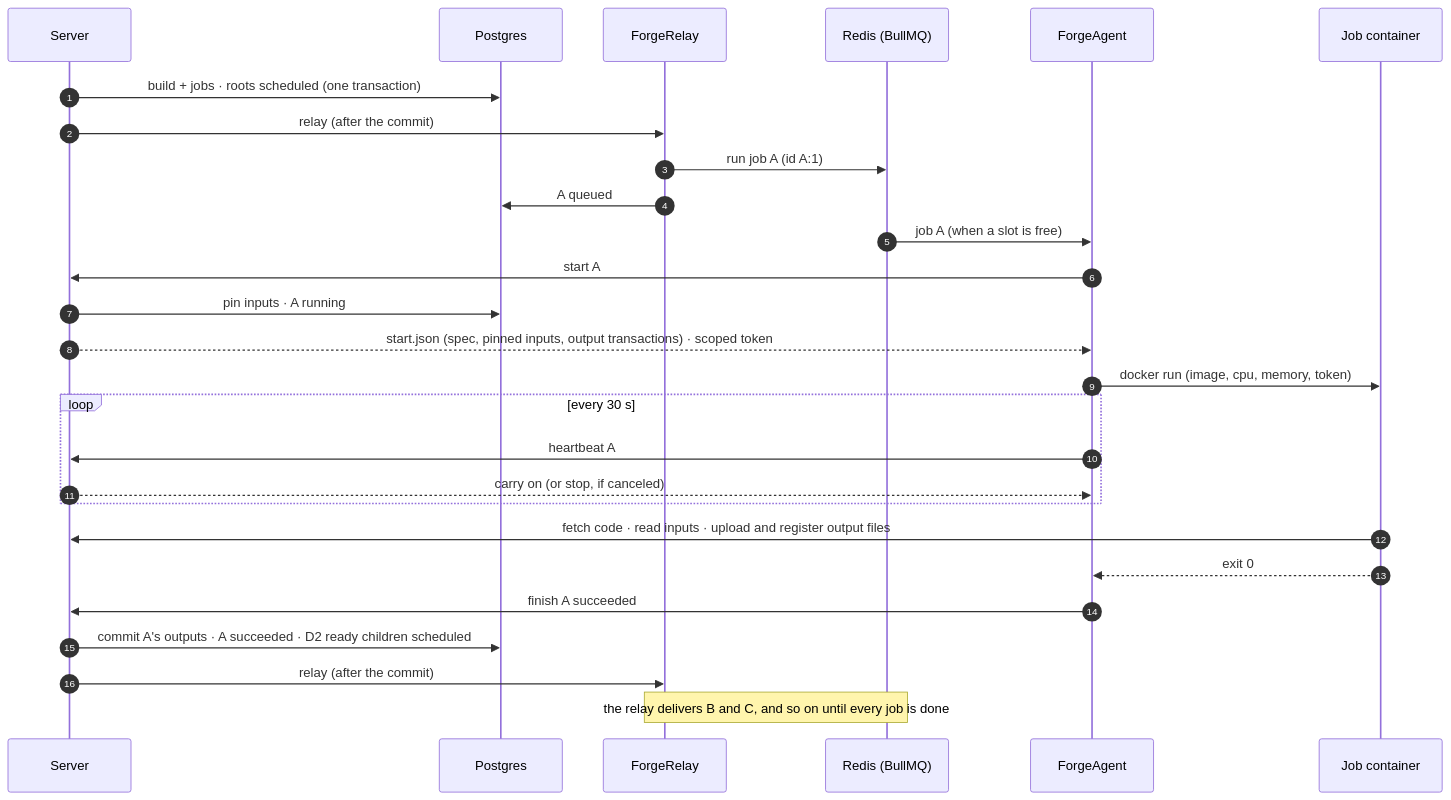
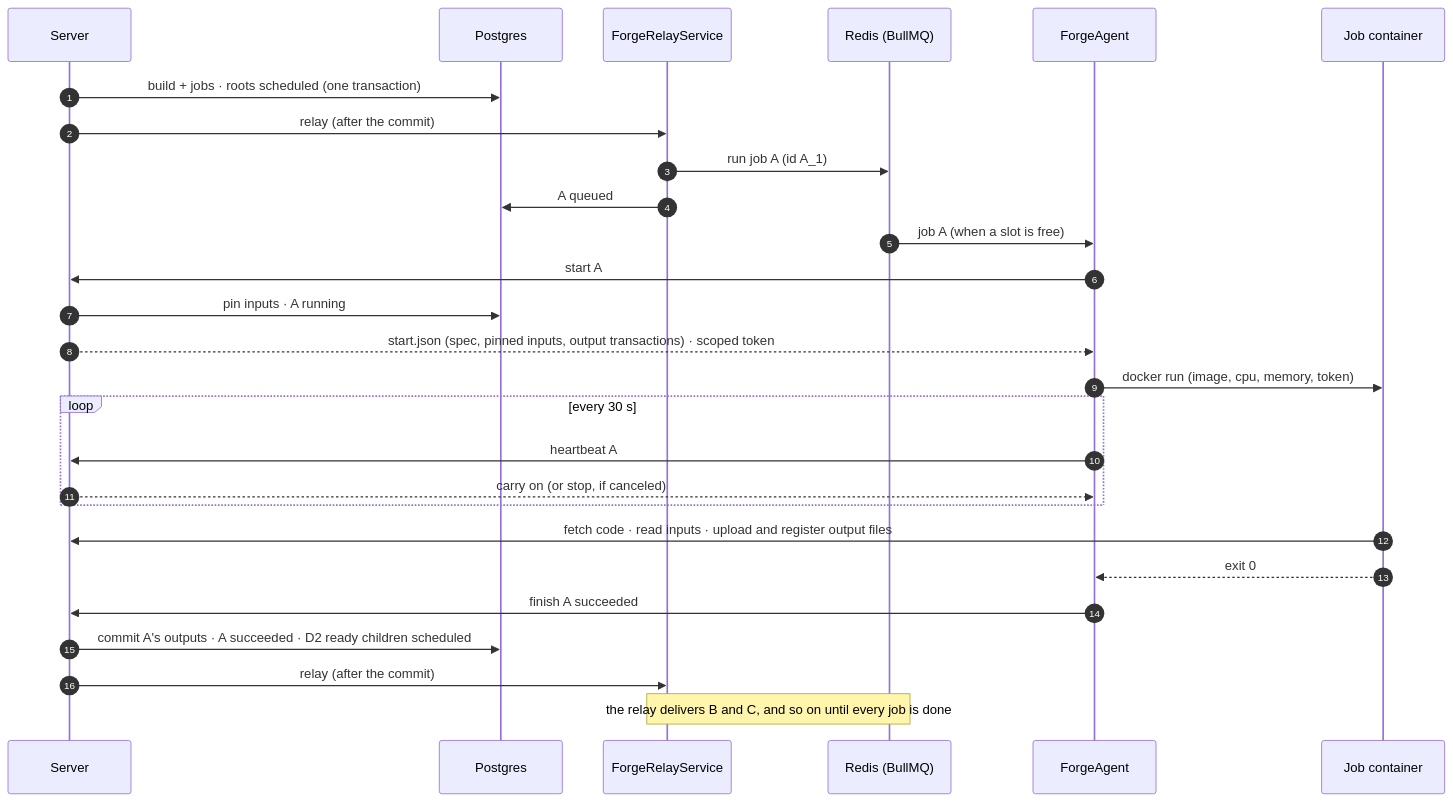
One commit to RolandTeslaru/Quarry changed the second of 3 diagrams in docs/design/forge.md. Above: the diagram before and after it, drawn with Mermaid. The commit also changed other lines of this file and 37 other files, not shown here.

First line of the commit message:
feat: implement ForgeAgent API for job management

````diff
--- a/docs/design/forge.md
+++ b/docs/design/forge.md
@@ -188,30 +188,30 @@
 ```mermaid
 sequenceDiagram
     autonumber
     participant S as Server
     participant PG as Postgres
-    participant R as ForgeRelay
+    participant R as ForgeRelayService
     participant Q as Redis (BullMQ)
     participant A as ForgeAgent
     participant C as Job container
 
     S->>PG: build + jobs · roots scheduled (one transaction)
     S->>R: relay (after the commit)
-    R->>Q: run job A (id A:1)
+    R->>Q: run job A (id A_1)
     R->>PG: A queued
     Q->>A: job A (when a slot is free)
     A->>S: start A
     S->>PG: pin inputs · A running
     S-->>A: start.json (spec, pinned inputs, output transactions) · scoped token
     A->>C: docker run (image, cpu, memory, token)
     loop every 30 s
         A->>S: heartbeat A
         S-->>A: carry on (or stop, if canceled)
     end
     C->>S: fetch code · read inputs · upload and register output files
     C-->>A: exit 0
     A->>S: finish A succeeded
     S->>PG: commit A's outputs · A succeeded · D2 ready children scheduled
     S->>R: relay (after the commit)
     Note over R,Q: the relay delivers B and C, and so on until every job is done
 ```
````
